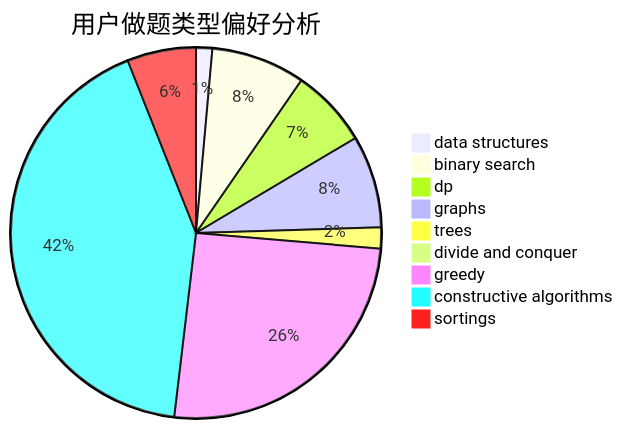
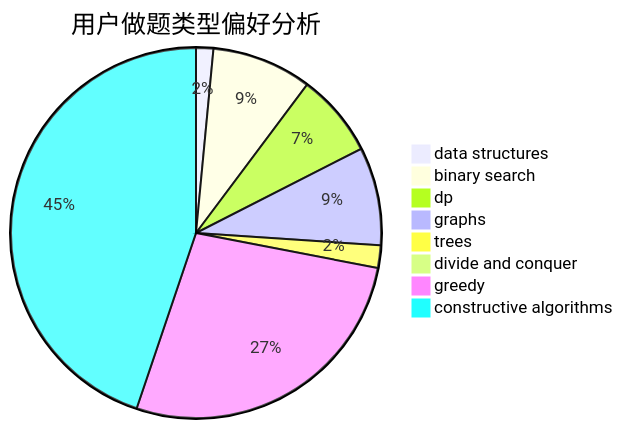
One commit to sherpahu/cfrs.github.io changed the second of 3 diagrams in docs/user/u2016.md. Above: the diagram before and after it, drawn with Mermaid. The commit also changed other lines of this file and 2769 other files, not shown here.

````diff
--- a/docs/user/u2016.md
+++ b/docs/user/u2016.md
@@ -18,12 +18,11 @@
 ```mermaid
 pie title 用户做题类型偏好分析
     "data structures" :  29
     "binary search" :  168
     "dp" :  140
     "graphs" :  165
     "trees" :  38
     "divide and conquer" :  0
     "greedy" :  523
     "constructive algorithms" :  863
-    "sortings" :  123
 ```
````
